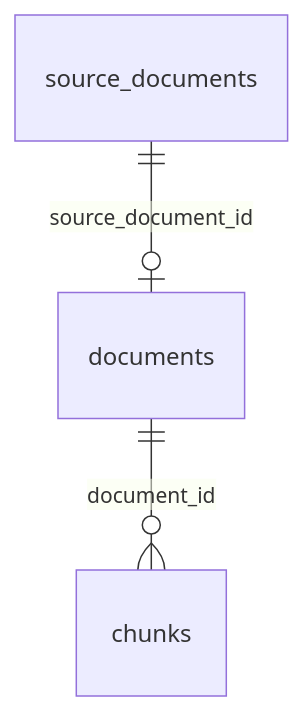
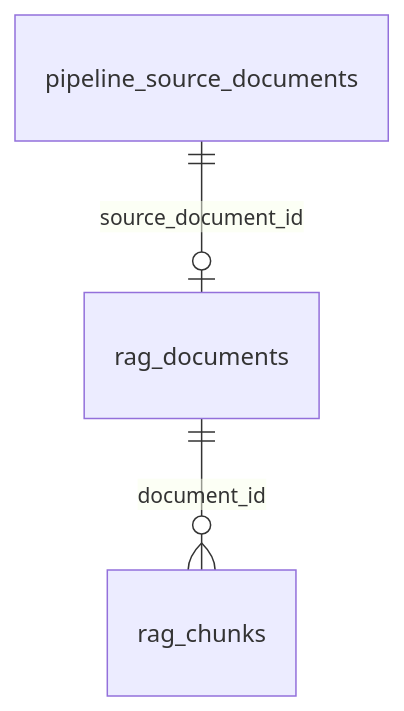
One commit to debugzhao/jin-guide changed the fifth of 5 diagrams in backend/app/models/doc/database_schema.md. Above: the diagram before and after it, drawn with Mermaid. The commit also changed other lines of this file and 14 other files, not shown here.

````diff
--- a/backend/app/models/doc/database_schema.md
+++ b/backend/app/models/doc/database_schema.md
@@ -114,5 +114,5 @@
 ```mermaid
 erDiagram
-    documents ||--o{ chunks : "document_id"
-    source_documents ||--o| documents : "source_document_id"
+    rag_documents ||--o{ rag_chunks : "document_id"
+    pipeline_source_documents ||--o| rag_documents : "source_document_id"
 ```
````
